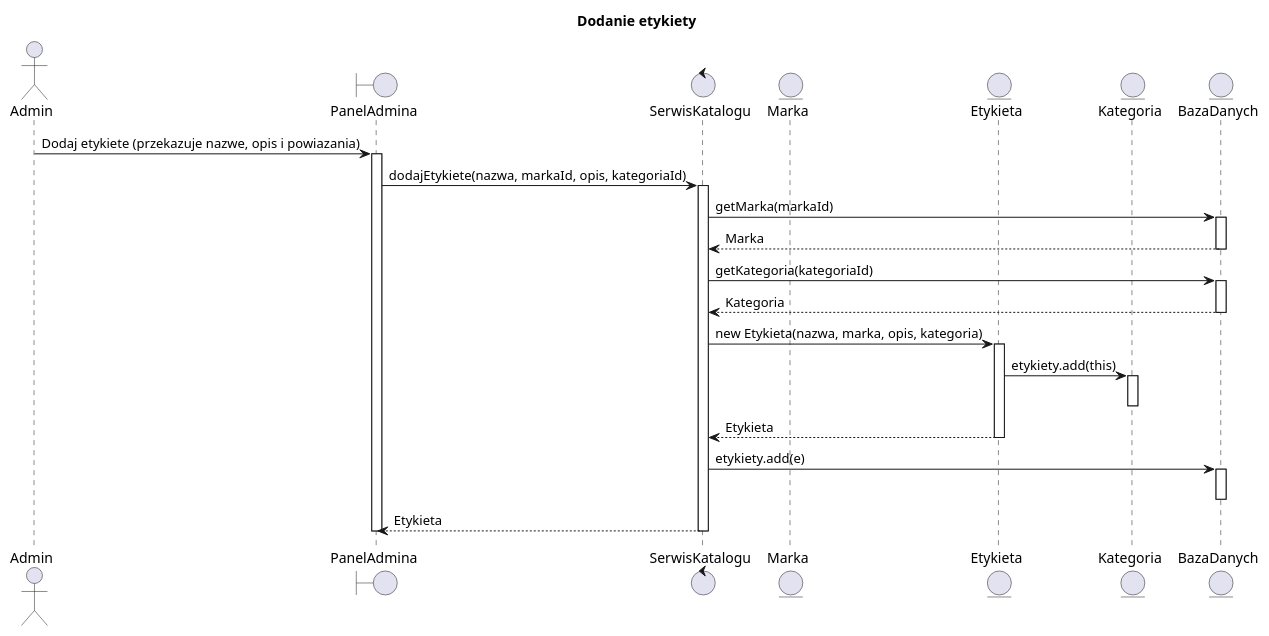
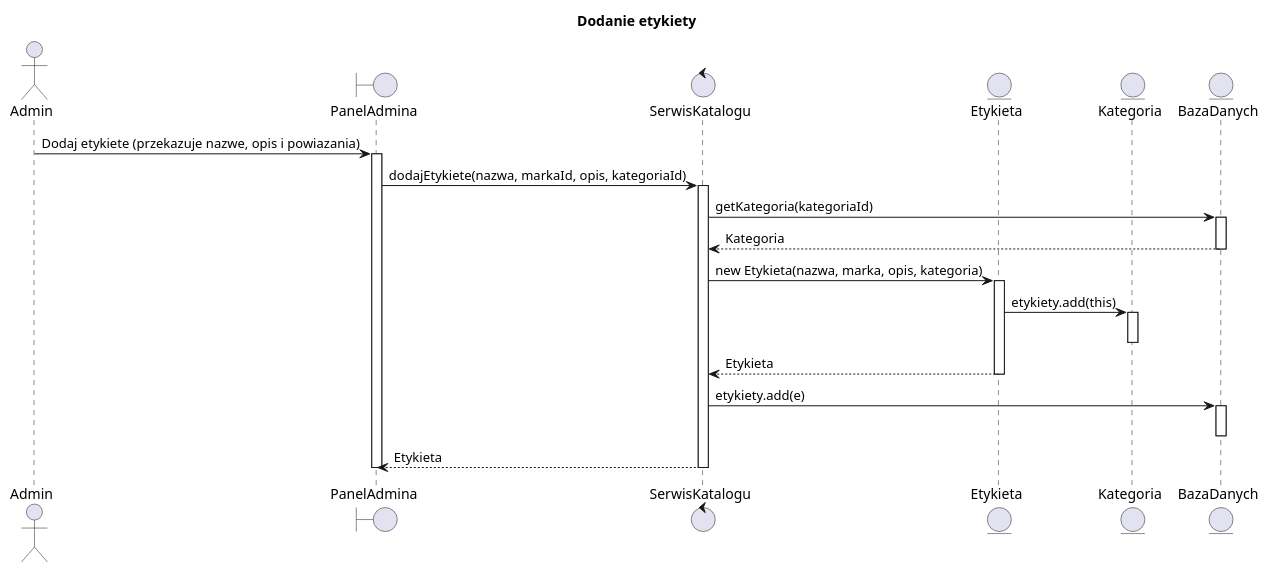
Before and after one commit to KoduraS/IO-project-RentalAid: the tenth of 11 diagrams in diagramy/diagramy_sekwencji/diagramy.puml, drawn with PlantUML. The commit also changed other lines of this file, not shown here.

Commit message:
Remove multiple sequence diagrams

```diff
--- a/diagramy/diagramy_sekwencji/diagramy.puml
+++ b/diagramy/diagramy_sekwencji/diagramy.puml
@@ -536,48 +501,42 @@
 @startuml DodanieEtykiety
 title Dodanie etykiety
 
 actor    Admin              as ADM
 
 boundary "PanelAdmina"      as UI
 control  "SerwisKatalogu"   as SRV
-entity   "Marka"            as MAR
 entity   "Etykieta"         as ETY
 entity   "Kategoria"        as KAT
 entity   "BazaDanych"       as BAD
 
 ADM -> UI  : Dodaj etykiete (przekazuje nazwe, opis i powiazania)
 activate UI
 
 UI  -> SRV : dodajEtykiete(nazwa, markaId, opis, kategoriaId)
 activate SRV
-
-SRV -> BAD : getMarka(markaId)
-activate BAD
-BAD --> SRV : Marka
-deactivate BAD
 
 SRV -> BAD : getKategoria(kategoriaId)
 activate BAD
 BAD --> SRV : Kategoria
 deactivate BAD
 
 SRV -> ETY : new Etykieta(nazwa, marka, opis, kategoria)
 activate ETY
 
 ETY -> KAT  : etykiety.add(this)
 activate KAT
 deactivate KAT
 
 ETY --> SRV : Etykieta
 deactivate ETY
 
 SRV -> BAD : etykiety.add(e)
 activate BAD
 deactivate BAD
 
 SRV --> UI  : Etykieta
 deactivate SRV
 
 deactivate UI
 
 @enduml
```
